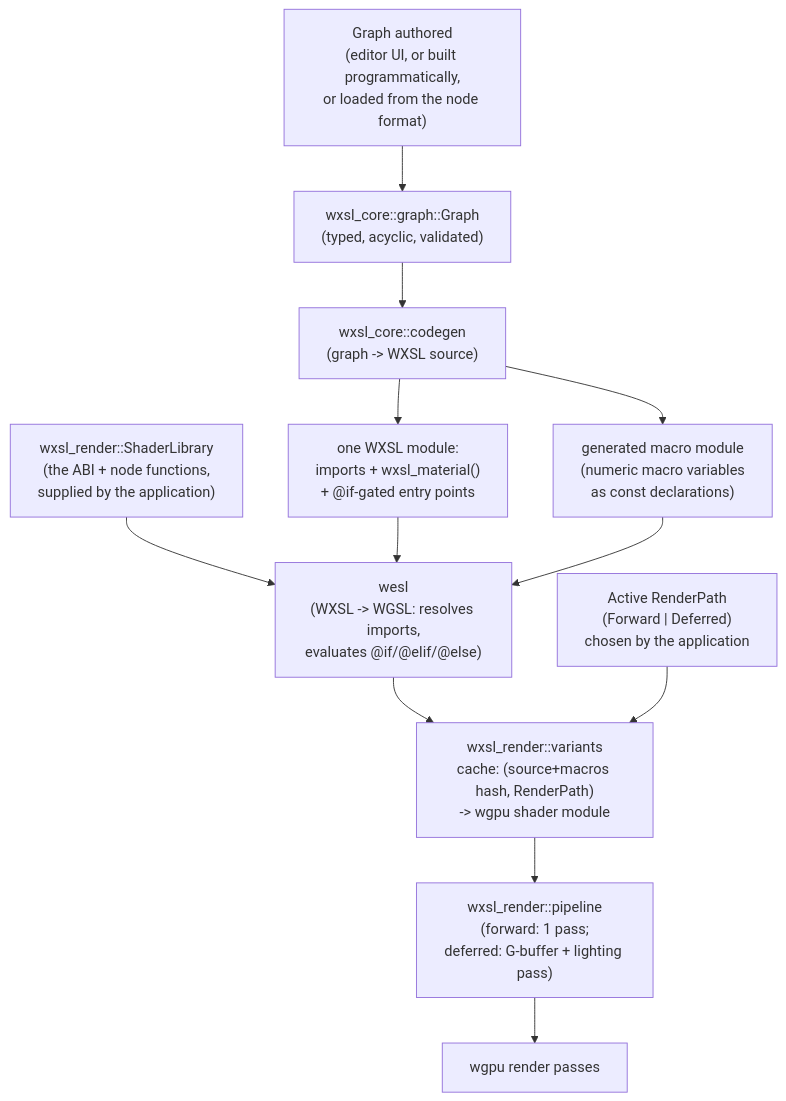
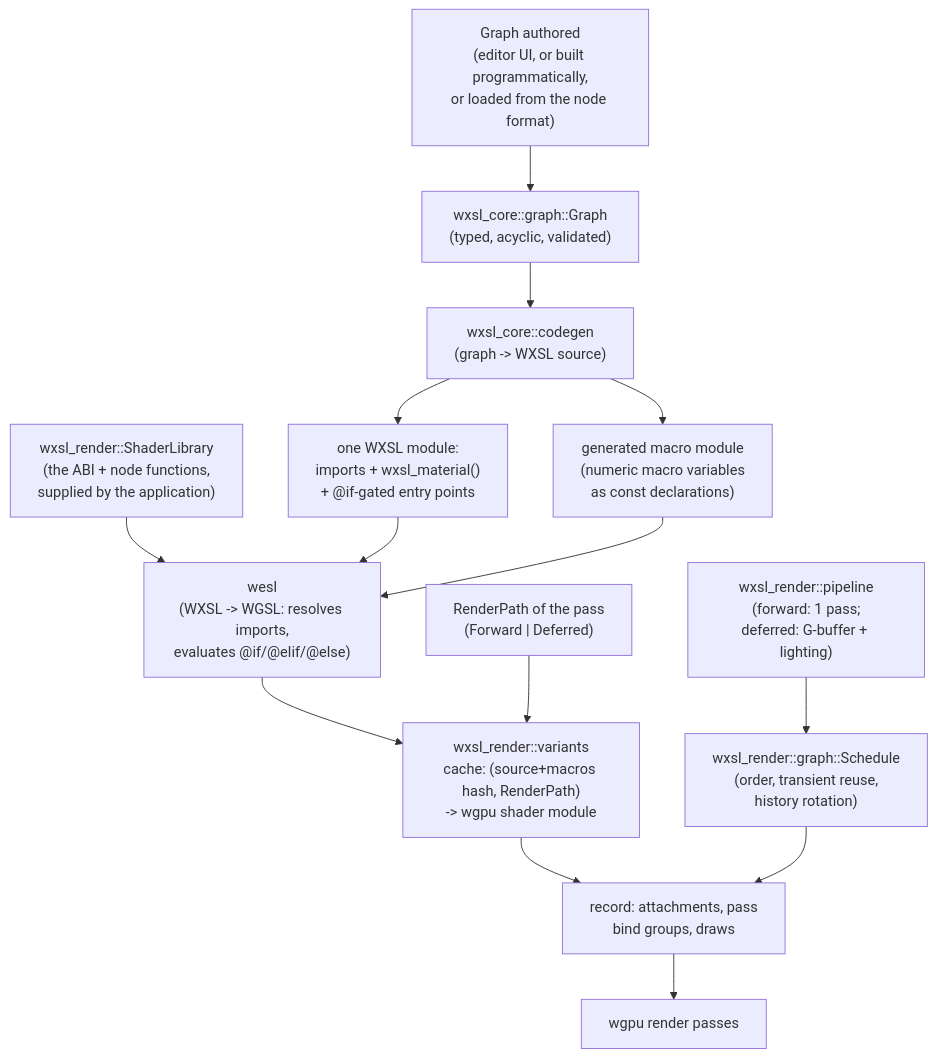
Before and after one commit to lapiequichante/wesloom: the second of 2 diagrams in docs/architecture.md, drawn with Mermaid. The commit also changed other lines of this file and 36 other files, not shown here.

````diff
--- a/docs/architecture.md
+++ b/docs/architecture.md
@@ -116,14 +117,16 @@
 ```mermaid
 graph TD
     author["Graph authored<br/>(editor UI, or built programmatically,<br/>or loaded from the node format)"] --> model
     model["wxsl_core::graph::Graph<br/>(typed, acyclic, validated)"] --> codegen["wxsl_core::codegen<br/>(graph -> WXSL source)"]
     codegen --> weslsrc["one WXSL module:<br/>imports + wxsl_material()<br/>+ @if-gated entry points"]
     codegen --> macromod["generated macro module<br/>(numeric macro variables<br/>as const declarations)"]
     library["wxsl_render::ShaderLibrary<br/>(the ABI + node functions,<br/>supplied by the application)"] --> compiler
     weslsrc --> compiler["wesl<br/>(WXSL -> WGSL: resolves imports,<br/>evaluates @if/@elif/@else)"]
     macromod --> compiler
     compiler --> variants["wxsl_render::variants<br/>cache: (source+macros hash, RenderPath)<br/>-> wgpu shader module"]
-    path["Active RenderPath<br/>(Forward | Deferred)<br/>chosen by the application"] --> variants
-    variants --> pipeline["wxsl_render::pipeline<br/>(forward: 1 pass;<br/>deferred: G-buffer + lighting pass)"]
-    pipeline --> gpu["wgpu render passes"]
+    path["RenderPath of the pass<br/>(Forward | Deferred)"] --> variants
+    variants --> record
+    passes["wxsl_render::pipeline<br/>(forward: 1 pass;<br/>deferred: G-buffer + lighting)"] --> schedule["wxsl_render::graph::Schedule<br/>(order, transient reuse,<br/>history rotation)"]
+    schedule --> record["record: attachments, pass<br/>bind groups, draws"]
+    record --> gpu["wgpu render passes"]
 ```
````
